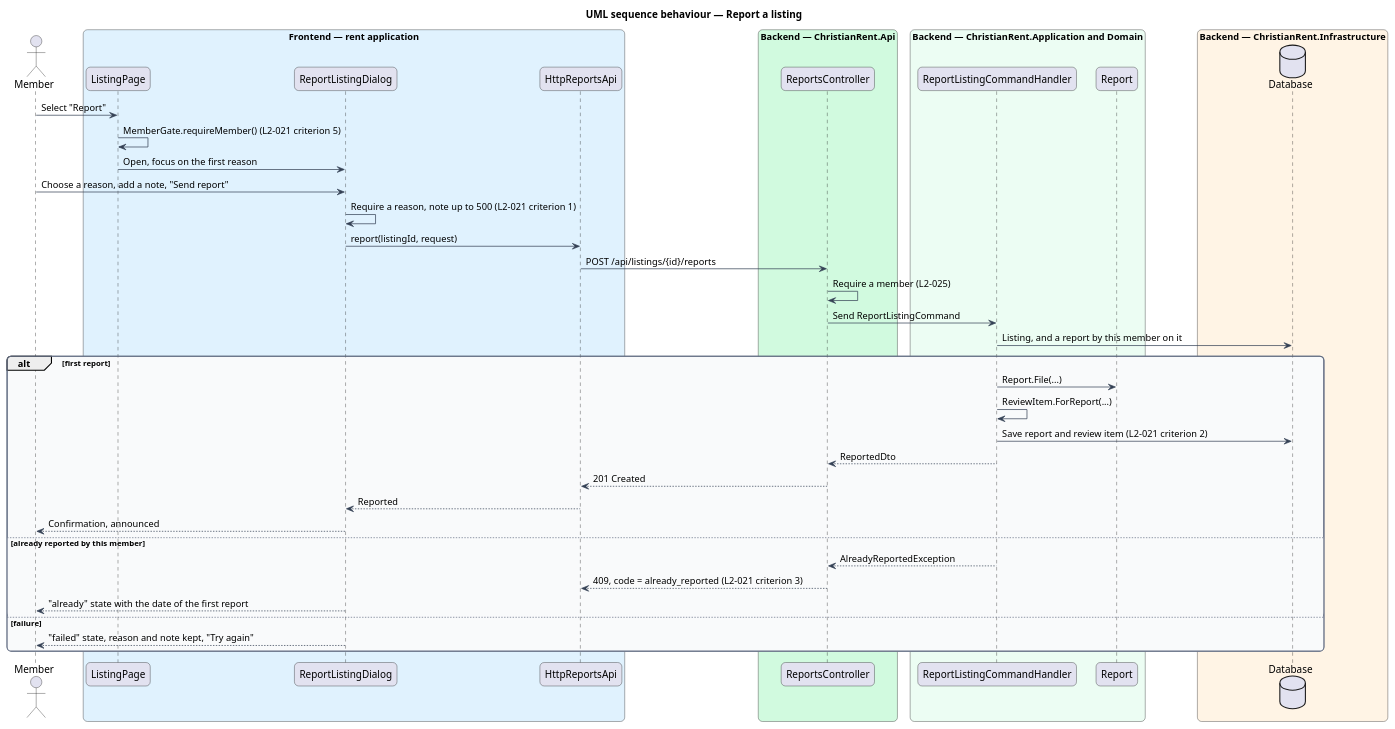
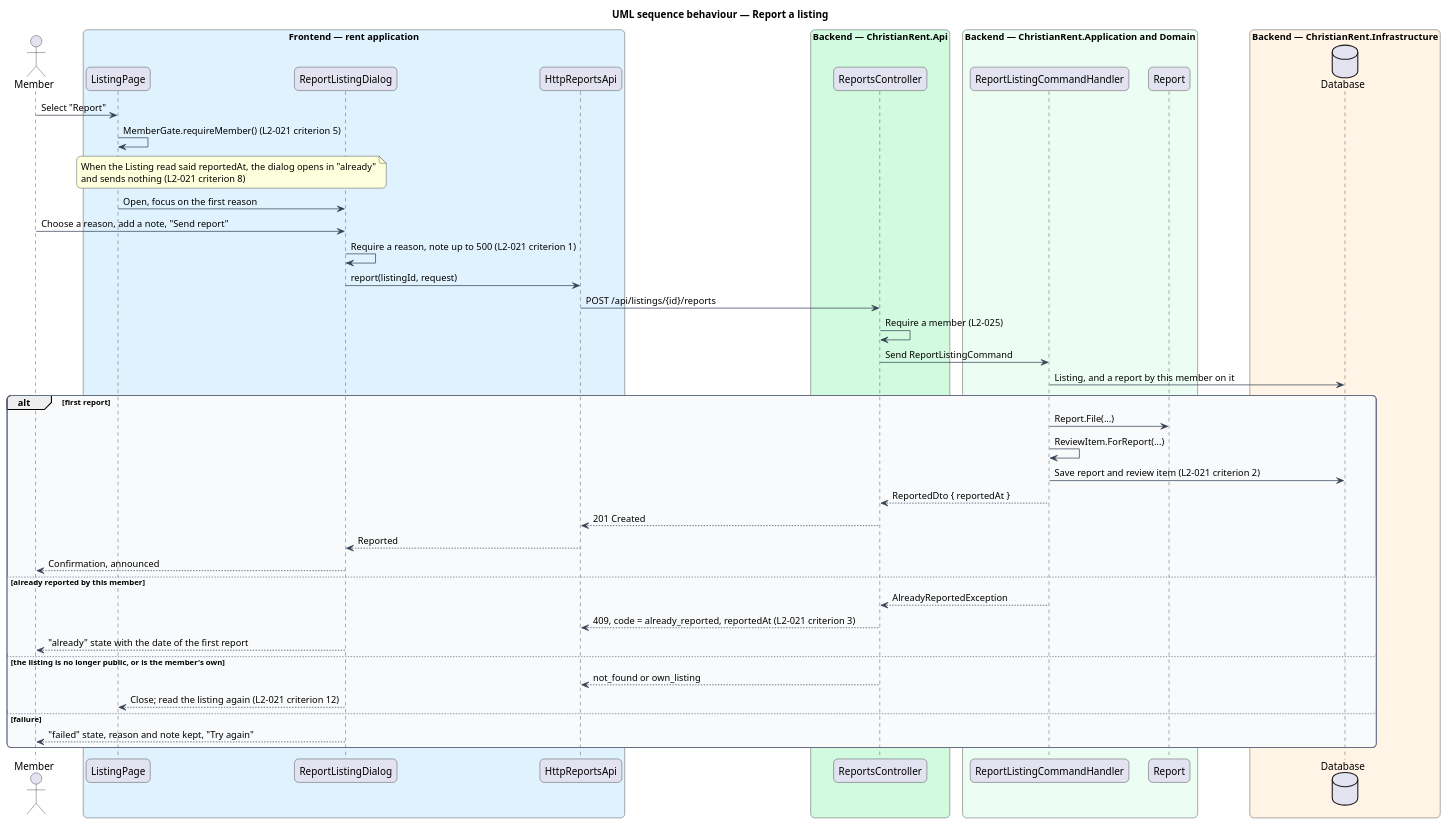
Before and after one commit to QuinntyneBrown/christian-rent: the diagram in docs/detailed-designs/reports/report-listing/diagrams/sequence-report.puml, drawn with PlantUML. The commit also changed 14 other files, not shown here.

```diff
--- a/docs/detailed-designs/reports/report-listing/diagrams/sequence-report.puml
+++ b/docs/detailed-designs/reports/report-listing/diagrams/sequence-report.puml
@@ -1,58 +1,62 @@
 @startuml
 title UML sequence behaviour — Report a listing
 skinparam backgroundColor #FFFFFF
 skinparam shadowing false
 skinparam roundcorner 12
 skinparam defaultFontName Arial
 skinparam ArrowColor #344054
 skinparam rectangle {
   BorderColor #344054
   FontColor #101828
 }
 skinparam package {
   BorderColor #667085
   FontColor #101828
   BackgroundColor #F9FAFB
 }
 actor "Member" as actor
 box "Frontend — rent application" #E0F2FE
   participant "ListingPage" as page
   participant "ReportListingDialog" as dialog
   participant "HttpReportsApi" as client
 end box
 box "Backend — ChristianRent.Api" #D1FADF
   participant "ReportsController" as ctrl
 end box
 box "Backend — ChristianRent.Application and Domain" #ECFDF3
   participant "ReportListingCommandHandler" as handler
   participant "Report" as report
 end box
 box "Backend — ChristianRent.Infrastructure" #FFF4E5
   database "Database" as db
 end box
 actor -> page : Select "Report"
 page -> page : MemberGate.requireMember() (L2-021 criterion 5)
+note over page, dialog : When the Listing read said reportedAt, the dialog opens in "already"\nand sends nothing (L2-021 criterion 8)
 page -> dialog : Open, focus on the first reason
 actor -> dialog : Choose a reason, add a note, "Send report"
 dialog -> dialog : Require a reason, note up to 500 (L2-021 criterion 1)
 dialog -> client : report(listingId, request)
 client -> ctrl : POST /api/listings/{id}/reports
 ctrl -> ctrl : Require a member (L2-025)
 ctrl -> handler : Send ReportListingCommand
 handler -> db : Listing, and a report by this member on it
 alt first report
   handler -> report : Report.File(...)
   handler -> handler : ReviewItem.ForReport(...)
   handler -> db : Save report and review item (L2-021 criterion 2)
-  handler --> ctrl : ReportedDto
+  handler --> ctrl : ReportedDto { reportedAt }
   ctrl --> client : 201 Created
   client --> dialog : Reported
   dialog --> actor : Confirmation, announced
 else already reported by this member
   handler --> ctrl : AlreadyReportedException
-  ctrl --> client : 409, code = already_reported (L2-021 criterion 3)
+  ctrl --> client : 409, code = already_reported, reportedAt (L2-021 criterion 3)
   dialog --> actor : "already" state with the date of the first report
+else the listing is no longer public, or is the member's own
+  ctrl --> client : not_found or own_listing
+  dialog --> page : Close; read the listing again (L2-021 criterion 12)
 else failure
   dialog --> actor : "failed" state, reason and note kept, "Try again"
 end
 @enduml
```
